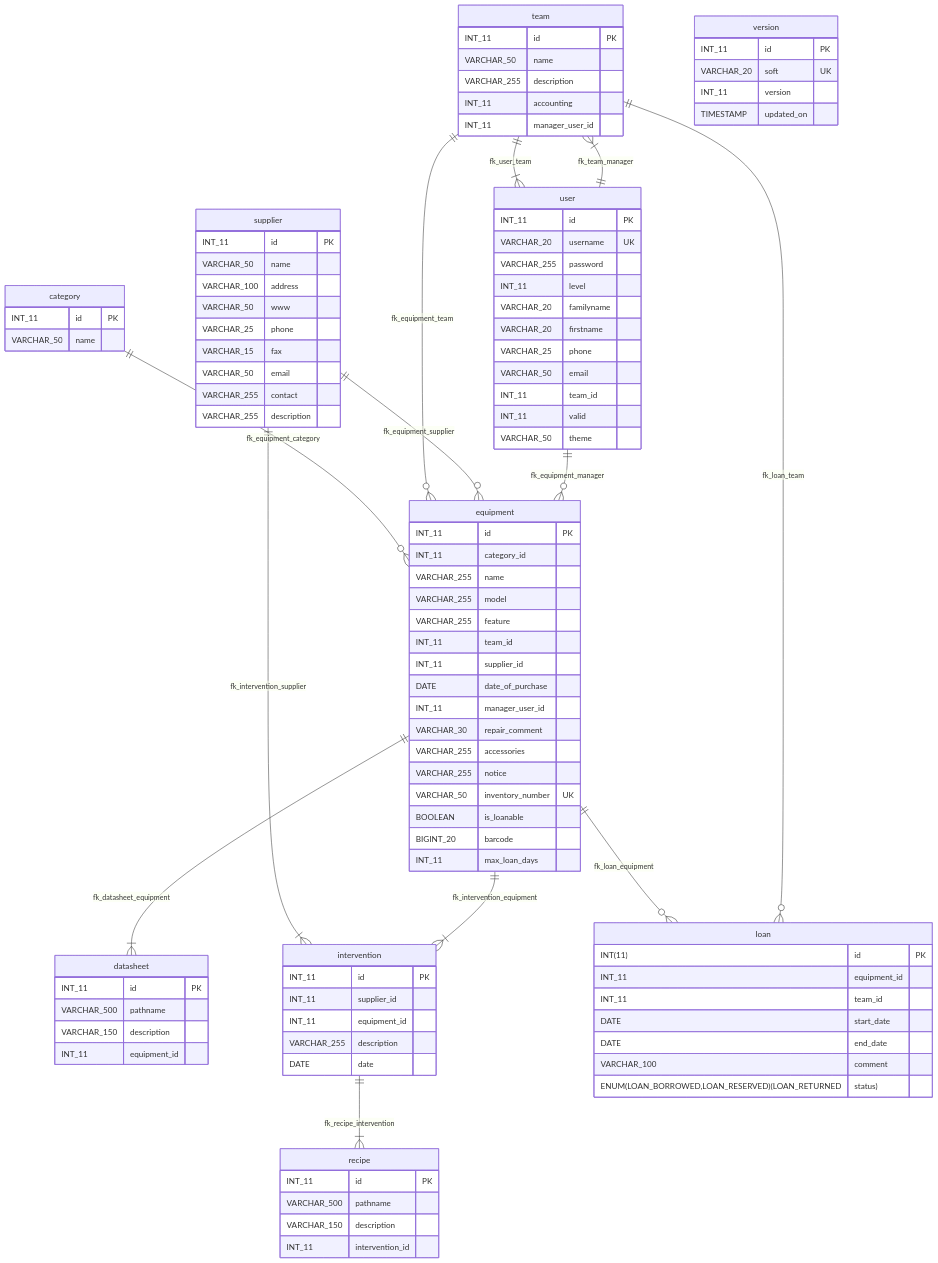
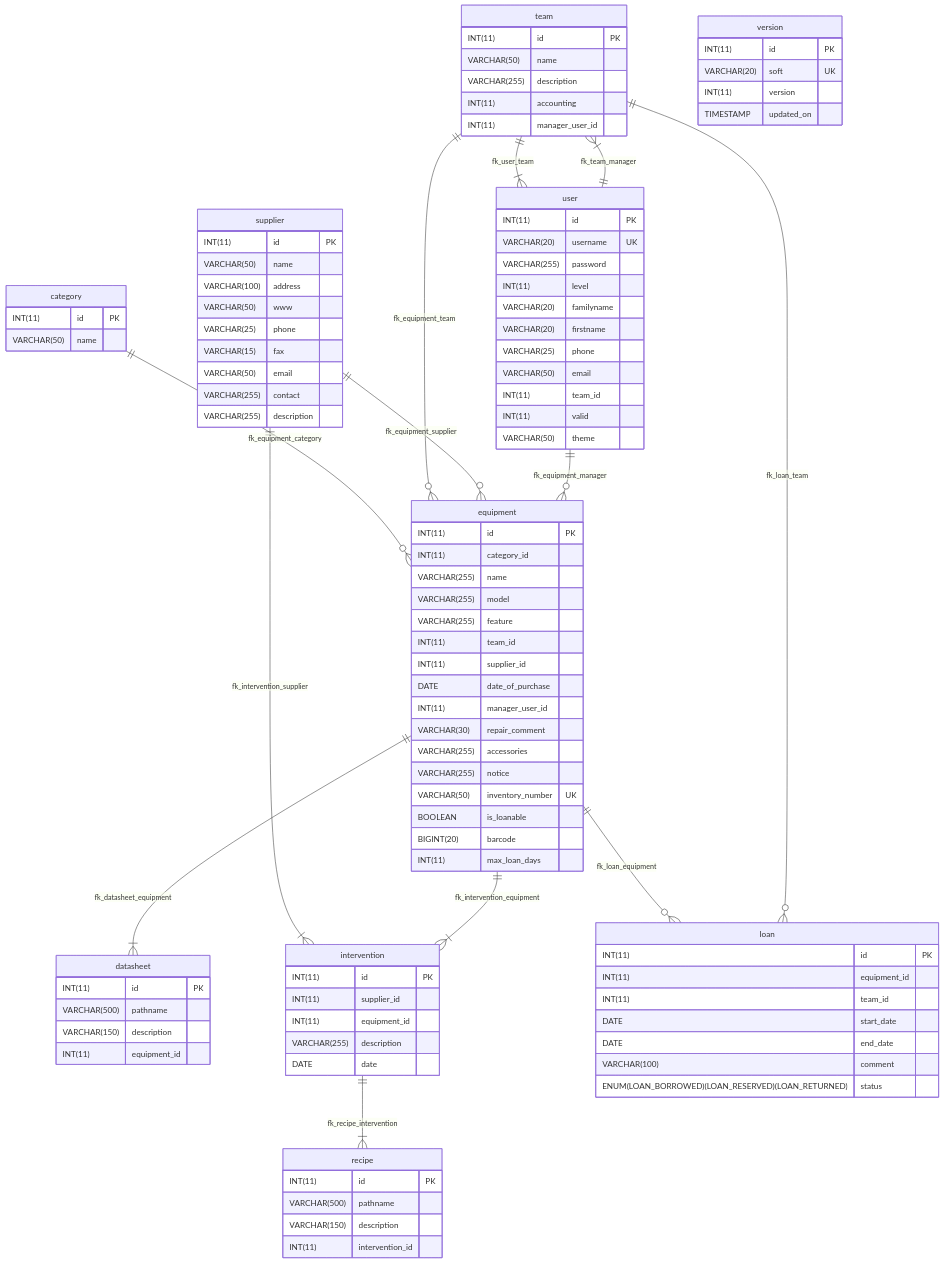
The diagram in README.md (GabrielMoreau/gestex), drawn with Mermaid before and after one commit.

Commit message:
Wish final version

````diff
--- a/README.md
+++ b/README.md
@@ -164,113 +164,113 @@
 ```mermaid
 erDiagram
 
-    category {
-        INT_11 id PK
-        VARCHAR_50 name
-    }
+   category {
+      INT(11) id PK
+      VARCHAR(50) name
+   }
 
-    datasheet {
-        INT_11 id PK
-        VARCHAR_500 pathname
-        VARCHAR_150 description
-        INT_11 equipment_id
-    }
+   datasheet {
+      INT(11) id PK
+      VARCHAR(500) pathname
+      VARCHAR(150) description
+      INT(11) equipment_id
+   }
 
-    equipment {
-        INT_11 id PK
-        INT_11 category_id
-        VARCHAR_255 name
-        VARCHAR_255 model
-        VARCHAR_255 feature
-        INT_11 team_id
-        INT_11 supplier_id
-        DATE date_of_purchase
-        INT_11 manager_user_id
-        VARCHAR_30 repair_comment
-        VARCHAR_255 accessories
-        VARCHAR_255 notice
-        VARCHAR_50 inventory_number UK
-        BOOLEAN is_loanable
-        BIGINT_20 barcode
-        INT_11 max_loan_days
-    }
+   equipment {
+      INT(11) id PK
+      INT(11) category_id
+      VARCHAR(255) name
+      VARCHAR(255) model
+      VARCHAR(255) feature
+      INT(11) team_id
+      INT(11) supplier_id
+      DATE date_of_purchase
+      INT(11) manager_user_id
+      VARCHAR(30) repair_comment
+      VARCHAR(255) accessories
+      VARCHAR(255) notice
+      VARCHAR(50) inventory_number UK
+      BOOLEAN is_loanable
+      BIGINT(20) barcode
+      INT(11) max_loan_days
+   }
 
-    intervention {
-        INT_11 id PK
-        INT_11 supplier_id
-        INT_11 equipment_id
-        VARCHAR_255 description
-        DATE date
-    }
+   intervention {
+      INT(11) id PK
+      INT(11) supplier_id
+      INT(11) equipment_id
+      VARCHAR(255) description
+      DATE date
+   }
 
-    loan {
-        INT(11) id PK
-        INT_11 equipment_id
-        INT_11 team_id
-        DATE start_date
-        DATE end_date
-        VARCHAR_100 comment
-        ENUM(LOAN_BORROWED,LOAN_RESERVED)(LOAN_RETURNED status)
-    }
+   loan {
+      INT(11) id PK
+      INT(11) equipment_id
+      INT(11) team_id
+      DATE start_date
+      DATE end_date
+      VARCHAR(100) comment
+      ENUM(LOAN_BORROWED)(LOAN_RESERVED)(LOAN_RETURNED) status
+   }
 
-    recipe {
-        INT_11 id PK
-        VARCHAR_500 pathname
-        VARCHAR_150 description
-        INT_11 intervention_id
-    }
+   recipe {
+      INT(11) id PK
+      VARCHAR(500) pathname
+      VARCHAR(150) description
+      INT(11) intervention_id
+   }
 
-    supplier {
-        INT_11 id PK
-        VARCHAR_50 name
-        VARCHAR_100 address
-        VARCHAR_50 www
-        VARCHAR_25 phone
-        VARCHAR_15 fax
-        VARCHAR_50 email
-        VARCHAR_255 contact
-        VARCHAR_255 description
-    }
+   supplier {
+      INT(11) id PK
+      VARCHAR(50) name
+      VARCHAR(100) address
+      VARCHAR(50) www
+      VARCHAR(25) phone
+      VARCHAR(15) fax
+      VARCHAR(50) email
+      VARCHAR(255) contact
+      VARCHAR(255) description
+   }
 
-    team {
-        INT_11 id PK
-        VARCHAR_50 name
-        VARCHAR_255 description
-        INT_11 accounting
-        INT_11 manager_user_id
-    }
+   team {
+      INT(11) id PK
+      VARCHAR(50) name
+      VARCHAR(255) description
+      INT(11) accounting
+      INT(11) manager_user_id
+   }
 
-    user {
-        INT_11 id PK
-        VARCHAR_20 username UK
-        VARCHAR_255 password
-        INT_11 level
-        VARCHAR_20 familyname
-        VARCHAR_20 firstname
-        VARCHAR_25 phone
-        VARCHAR_50 email
-        INT_11 team_id
-        INT_11 valid
-        VARCHAR_50 theme
-    }
+   user {
+      INT(11) id PK
+      VARCHAR(20) username UK
+      VARCHAR(255) password
+      INT(11) level
+      VARCHAR(20) familyname
+      VARCHAR(20) firstname
+      VARCHAR(25) phone
+      VARCHAR(50) email
+      INT(11) team_id
+      INT(11) valid
+      VARCHAR(50) theme
+   }
 
-    version {
-        INT_11 id PK
-        VARCHAR_20 soft UK
-        INT_11 version
-        TIMESTAMP updated_on
-    }
+   version {
+      INT(11) id PK
+      VARCHAR(20) soft UK
+      INT(11) version
+      TIMESTAMP updated_on
+   }
 
-    team ||--|{ user : "fk_user_team"
-    category ||--o{ equipment : "fk_equipment_category"
-    team ||--o{ equipment : "fk_equipment_team"
-    supplier ||--o{ equipment : "fk_equipment_supplier"
-    user ||--o{ equipment : "fk_equipment_manager"
-    equipment ||--|{ datasheet : "fk_datasheet_equipment"
-    supplier ||--|{ intervention : "fk_intervention_supplier"
-    equipment ||--|{ intervention : "fk_intervention_equipment"
-    equipment ||--o{ loan : "fk_loan_equipment"
-    team ||--o{ loan : "fk_loan_team"
-    intervention ||--|{ recipe : "fk_recipe_intervention"
-    user ||--|{ team : "fk_team_manager"
+   team ||--|{ user : "fk_user_team"
+   category ||--o{ equipment : "fk_equipment_category"
+   team ||--o{ equipment : "fk_equipment_team"
+   supplier ||--o{ equipment : "fk_equipment_supplier"
+   user ||--o{ equipment : "fk_equipment_manager"
+   equipment ||--|{ datasheet : "fk_datasheet_equipment"
+   supplier ||--|{ intervention : "fk_intervention_supplier"
+   equipment ||--|{ intervention : "fk_intervention_equipment"
+   equipment ||--o{ loan : "fk_loan_equipment"
+   team ||--o{ loan : "fk_loan_team"
+   intervention ||--|{ recipe : "fk_recipe_intervention"
+   user ||--|{ team : "fk_team_manager"
 ```
````
